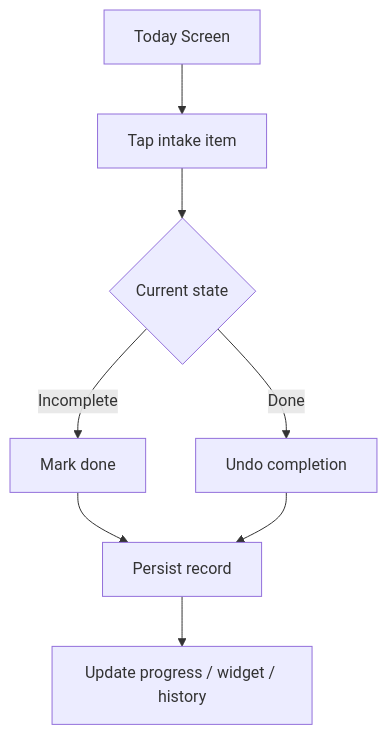
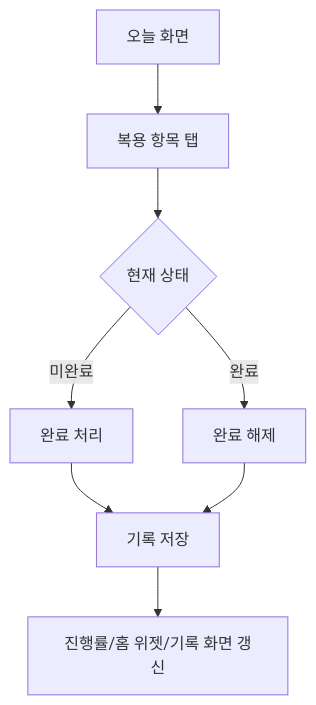
The third of 6 diagrams in docs/user_flow.md (Jiyeong-kor/supplement_routine), drawn with Mermaid before and after one commit. The commit also changed other lines of this file and 17 other files, not shown here.

````diff
--- a/docs/user_flow.md
+++ b/docs/user_flow.md
@@ -45,10 +45,10 @@
 ```mermaid
 flowchart TD
-    A["Today Screen"] --> B["Tap intake item"]
-    B --> C{"Current state"}
-    C -->|Incomplete| D["Mark done"]
-    C -->|Done| E["Undo completion"]
-    D --> F["Persist record"]
+    A["오늘 화면"] --> B["복용 항목 탭"]
+    B --> C{"현재 상태"}
+    C -->|미완료| D["완료 처리"]
+    C -->|완료| E["완료 해제"]
+    D --> F["기록 저장"]
     E --> F
-    F --> G["Update progress / widget / history"]
+    F --> G["진행률/홈 위젯/기록 화면 갱신"]
 ```
````
